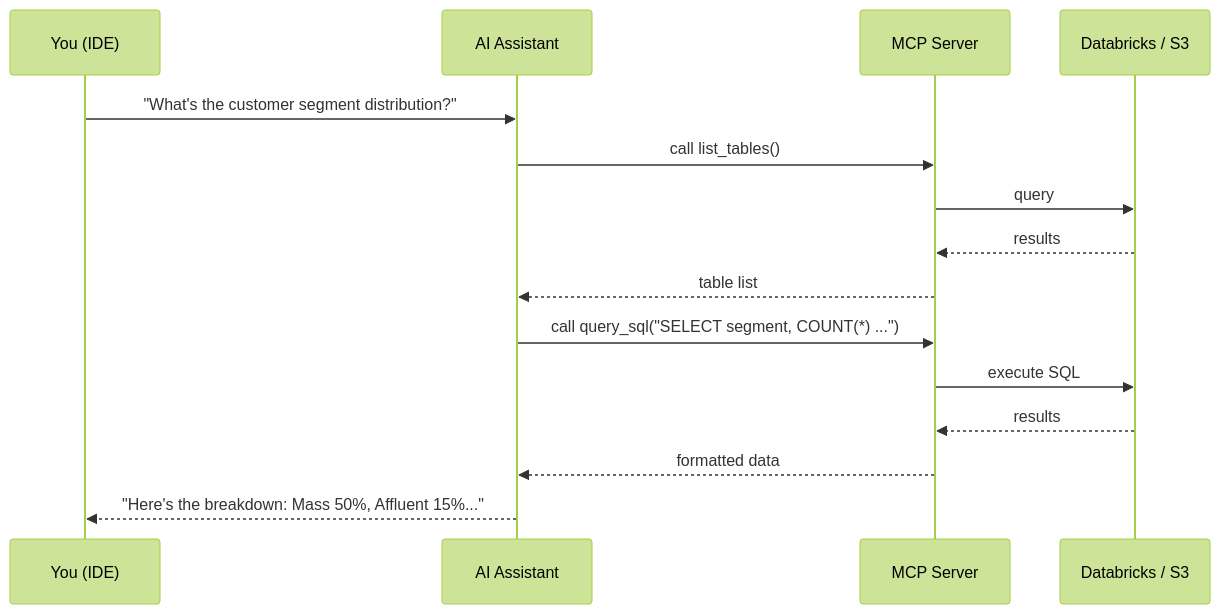
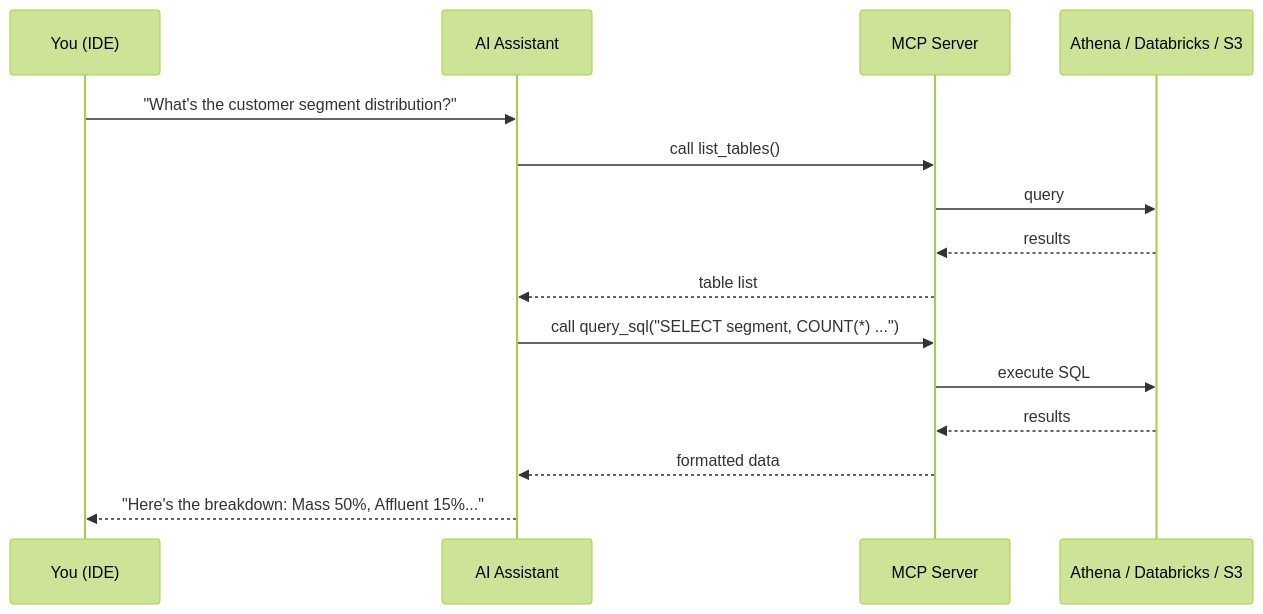
One commit to huynguyen305/Spark-ling changed the diagram in docs/MCP_GUIDE.md. Above: the diagram before and after it, drawn with Mermaid (forest theme). The commit also changed other lines of this file and 19 other files, not shown here.

````diff
--- a/docs/MCP_GUIDE.md
+++ b/docs/MCP_GUIDE.md
@@ -11,18 +11,18 @@
 ```mermaid
 sequenceDiagram
     participant You as You (IDE)
     participant AI as AI Assistant
     participant MCP as MCP Server
-    participant Data as Databricks / S3
+    participant Data as Athena / Databricks / S3
 
     You->>AI: "What's the customer segment distribution?"
     AI->>MCP: call list_tables()
     MCP->>Data: query
     Data-->>MCP: results
     MCP-->>AI: table list
     AI->>MCP: call query_sql("SELECT segment, COUNT(*) ...")
     MCP->>Data: execute SQL
     Data-->>MCP: results
     MCP-->>AI: formatted data
     AI-->>You: "Here's the breakdown: Mass 50%, Affluent 15%..."
 ```
````
